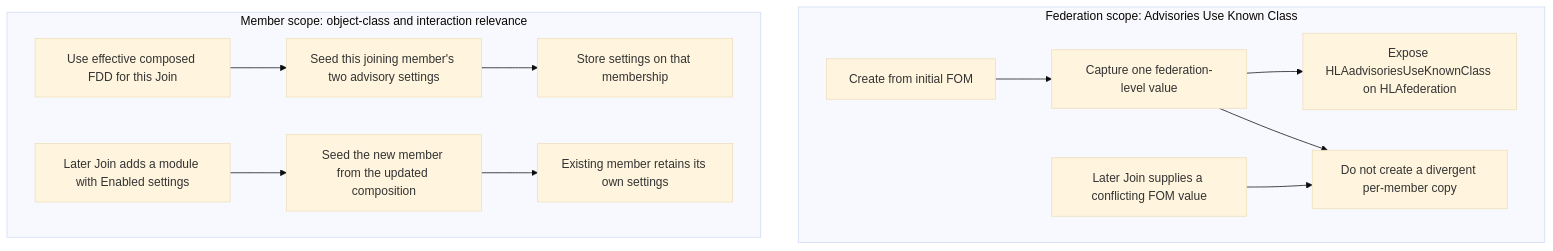
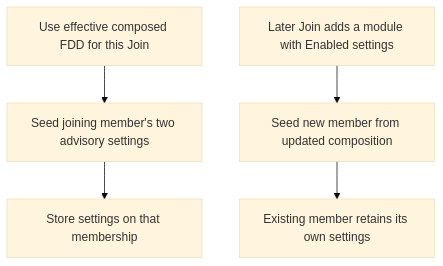
The eighth of 13 diagrams in docs/design/HLA-2025-FEDERATION-MOM-FLOW-GUIDE.md (sheepfling/umbra), drawn with Mermaid (base theme) before and after one commit. The commit also changed other lines of this file and 822 other files, not shown here.

````diff
--- a/docs/design/HLA-2025-FEDERATION-MOM-FLOW-GUIDE.md
+++ b/docs/design/HLA-2025-FEDERATION-MOM-FLOW-GUIDE.md
@@ -162,16 +461,7 @@
 ```mermaid
 flowchart TD
-  subgraph federation_scope["Federation scope: Advisories Use Known Class"]
-    C[Create from initial FOM] --> G[Capture one federation-level value]
-    G --> M[Expose HLAadvisoriesUseKnownClass on HLAfederation]
-    J[Later Join supplies a conflicting FOM value] --> K[Do not create a divergent per-member copy]
-    G --> K
-  end
-
-  subgraph member_scope["Member scope: object-class and interaction relevance"]
-    F[Use effective composed FDD for this Join] --> S[Seed this joining member's two advisory settings]
-    S --> L[Store settings on that membership]
-    A[Later Join adds a module with Enabled settings] --> N[Seed the new member from the updated composition]
-    N --> E[Existing member retains its own settings]
-  end
+  F[Use effective composed FDD for this Join] --> S[Seed joining member's two advisory settings]
+  S --> L[Store settings on that membership]
+  A[Later Join adds a module with Enabled settings] --> N[Seed new member from updated composition]
+  N --> E[Existing member retains its own settings]
 ```
````
